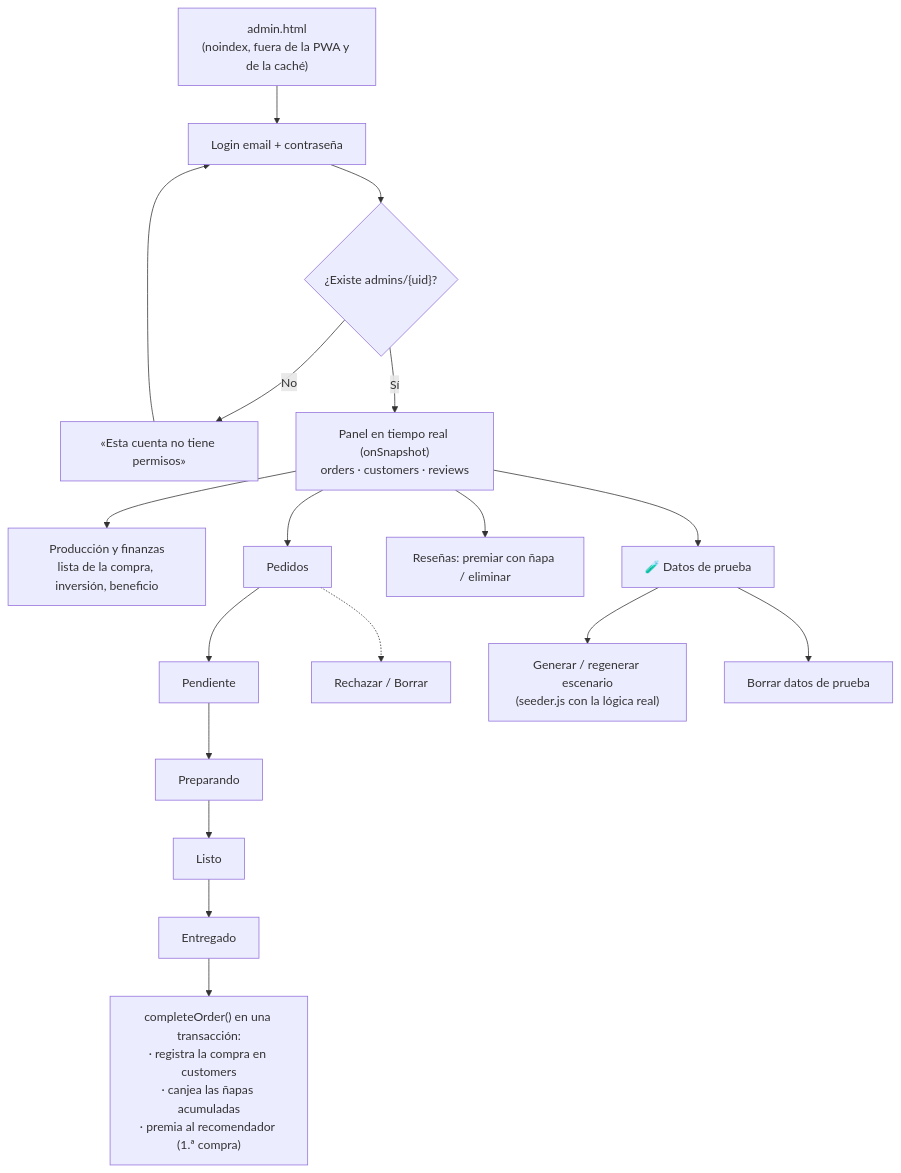
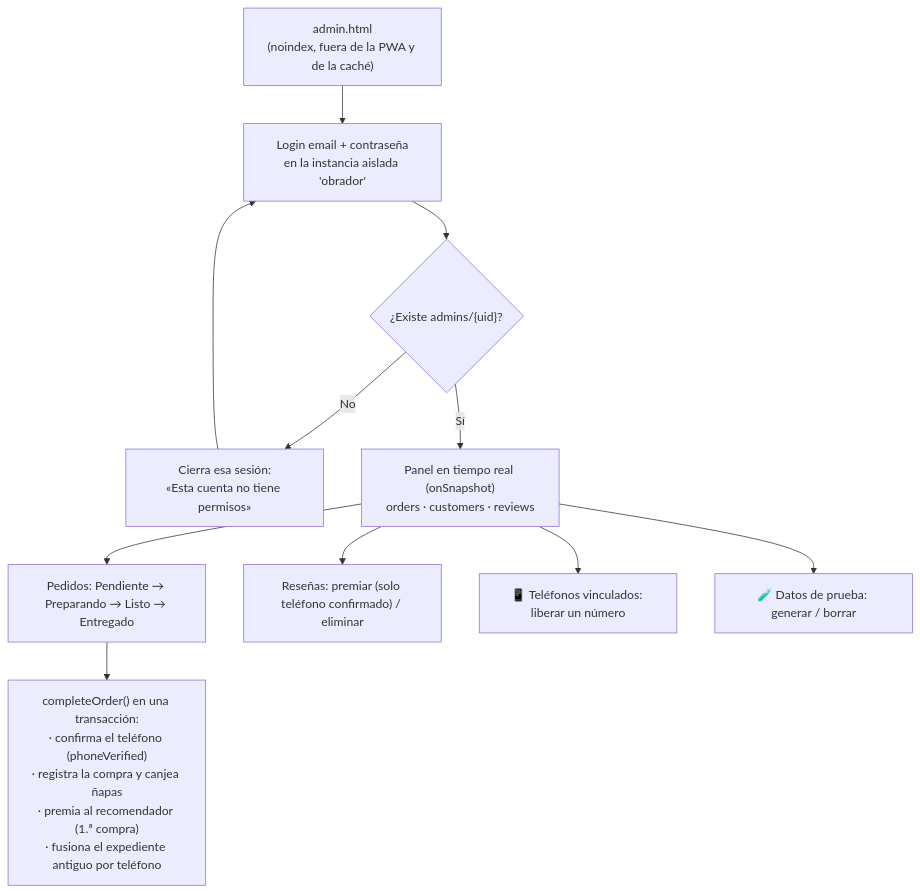
Before and after one commit to aluDavidSantiago/pachoncito-pedidos: the fourth of 4 diagrams in USER_JOURNEY.md, drawn with Mermaid. The commit also changed other lines of this file and 21 other files, not shown here.

Commit message:
Acceso con Google, panel aislado y antifraude por teléfono

````diff
--- a/USER_JOURNEY.md
+++ b/USER_JOURNEY.md
@@ -128,16 +112,12 @@
 ```mermaid
 flowchart TD
-    A["admin.html<br/>(noindex, fuera de la PWA y de la caché)"] --> B["Login email + contraseña"]
+    A["admin.html<br/>(noindex, fuera de la PWA y de la caché)"] --> B["Login email + contraseña<br/>en la instancia aislada 'obrador'"]
     B --> C{"¿Existe admins/{uid}?"}
-    C -- No --> B2["«Esta cuenta no tiene permisos»"] --> B
+    C -- No --> B2["Cierra esa sesión:<br/>«Esta cuenta no tiene permisos»"] --> B
     C -- Sí --> D["Panel en tiempo real (onSnapshot)<br/>orders · customers · reviews"]
-    D --> E["Producción y finanzas<br/>lista de la compra, inversión, beneficio"]
-    D --> F["Pedidos"]
-    F --> F1["Pendiente"] --> F2["Preparando"] --> F3["Listo"] --> F4["Entregado"]
-    F4 --> T["completeOrder() en una transacción:<br/>· registra la compra en customers<br/>· canjea las ñapas acumuladas<br/>· premia al recomendador (1.ª compra)"]
-    F -.-> FR["Rechazar / Borrar"]
-    D --> G["Reseñas: premiar con ñapa / eliminar"]
-    D --> H["🧪 Datos de prueba"]
-    H --> H1["Generar / regenerar escenario<br/>(seeder.js con la lógica real)"]
-    H --> H2["Borrar datos de prueba"]
+    D --> F["Pedidos: Pendiente → Preparando → Listo → Entregado"]
+    F --> T["completeOrder() en una transacción:<br/>· confirma el teléfono (phoneVerified)<br/>· registra la compra y canjea ñapas<br/>· premia al recomendador (1.ª compra)<br/>· fusiona el expediente antiguo por teléfono"]
+    D --> G["Reseñas: premiar (solo teléfono confirmado) / eliminar"]
+    D --> P["📱 Teléfonos vinculados: liberar un número"]
+    D --> H["🧪 Datos de prueba: generar / borrar"]
 ```
````
